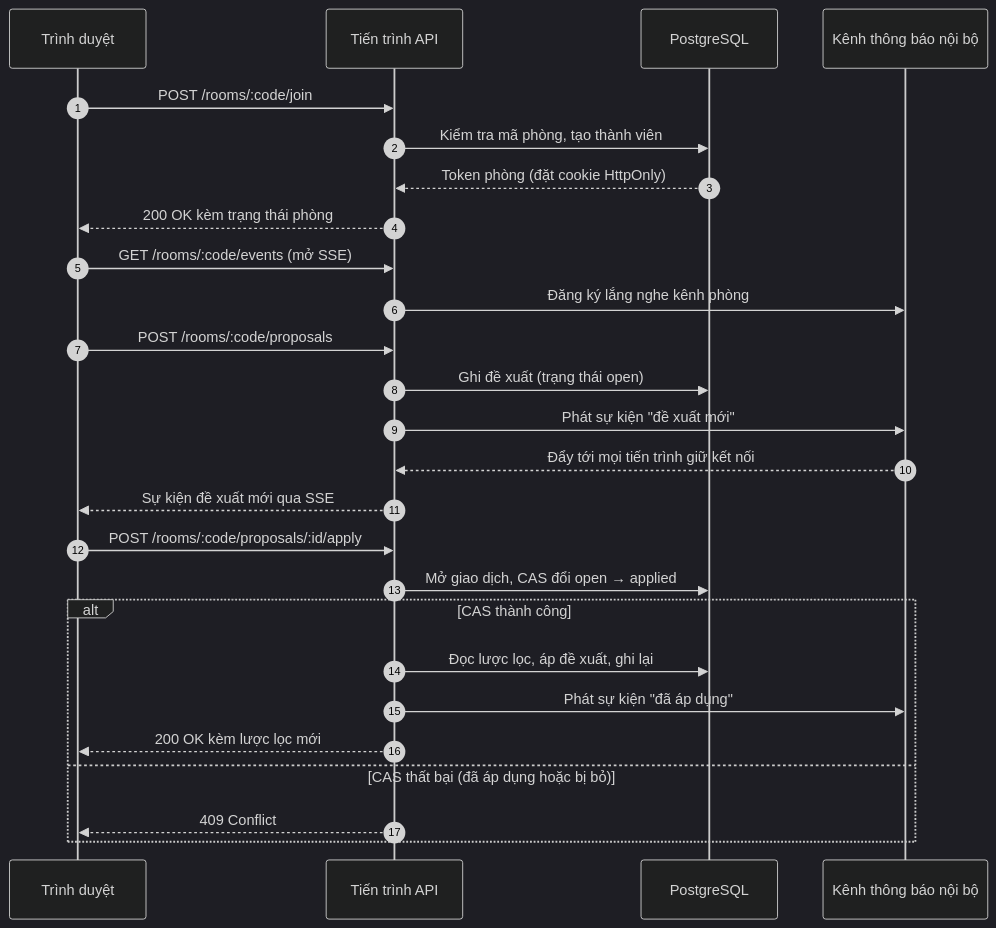
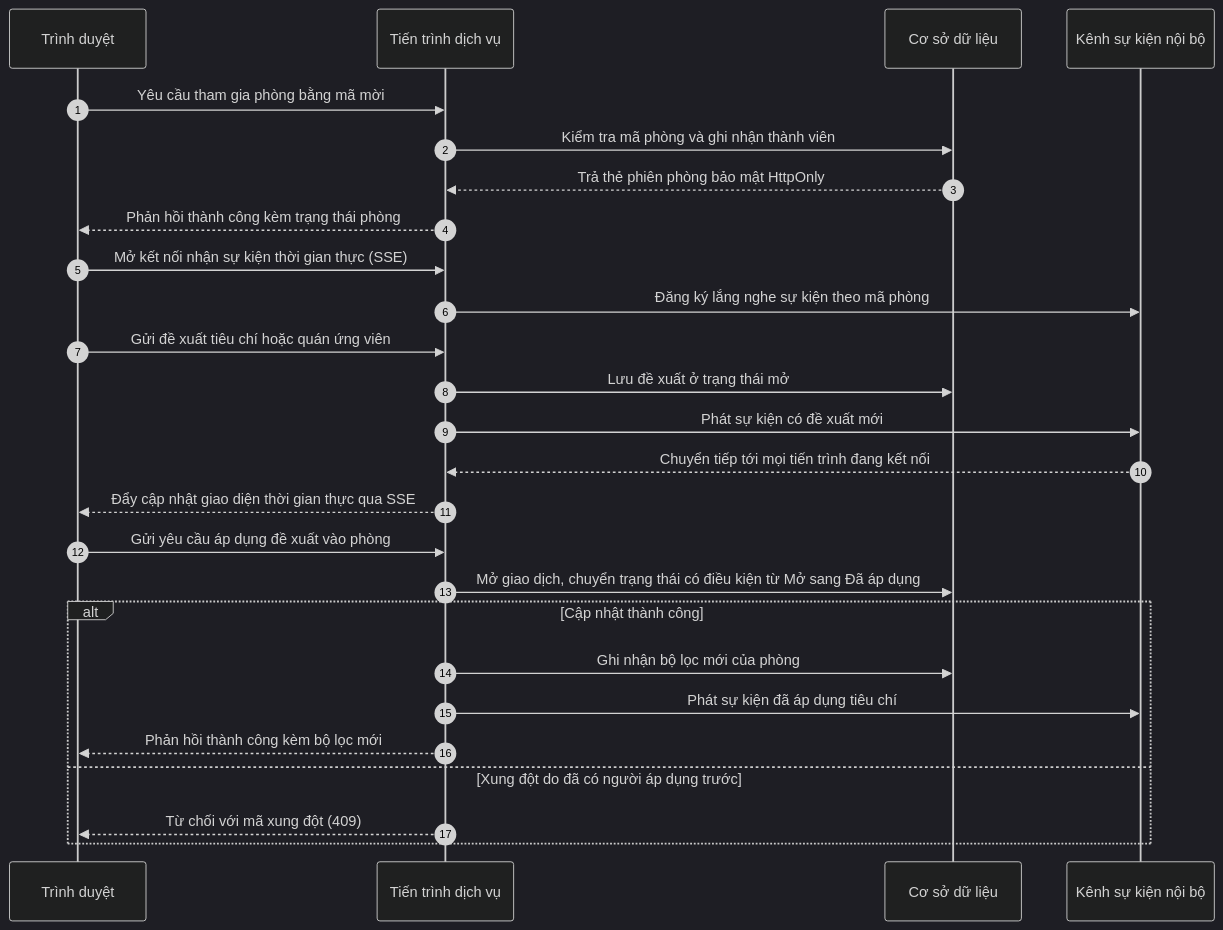
Before and after one commit to longqt321/Rendez-PBL6: the sixth of 24 diagrams in docs/bao-cao/BAO-CAO-DO-AN.md, drawn with Mermaid (dark theme). The commit also changed other lines of this file and 71 other files, not shown here.

Commit message:
feat(schema,backend): complete UX API features, role isolation, and submissions

````diff
--- a/docs/bao-cao/BAO-CAO-DO-AN.md
+++ b/docs/bao-cao/BAO-CAO-DO-AN.md
@@ -758,29 +848,29 @@
 ```mermaid
 sequenceDiagram
     autonumber
-    participant B as Trình duyệt
-    participant A as Tiến trình API
-    participant D as PostgreSQL
-    participant N as Kênh thông báo nội bộ
+    participant TD as Trình duyệt
+    participant XL as Tiến trình dịch vụ
+    participant CSDL as Cơ sở dữ liệu
+    participant KN as Kênh sự kiện nội bộ
 
-    B->>A: POST /rooms/:code/join
-    A->>D: Kiểm tra mã phòng, tạo thành viên
-    D-->>A: Token phòng (đặt cookie HttpOnly)
-    A-->>B: 200 OK kèm trạng thái phòng
-    B->>A: GET /rooms/:code/events (mở SSE)
-    A->>N: Đăng ký lắng nghe kênh phòng
-    B->>A: POST /rooms/:code/proposals
-    A->>D: Ghi đề xuất (trạng thái open)
-    A->>N: Phát sự kiện "đề xuất mới"
-    N-->>A: Đẩy tới mọi tiến trình giữ kết nối
-    A-->>B: Sự kiện đề xuất mới qua SSE
-    B->>A: POST /rooms/:code/proposals/:id/apply
-    A->>D: Mở giao dịch, CAS đổi open → applied
-    alt CAS thành công
-        A->>D: Đọc lược lọc, áp đề xuất, ghi lại
-        A->>N: Phát sự kiện "đã áp dụng"
-        A-->>B: 200 OK kèm lược lọc mới
-    else CAS thất bại (đã áp dụng hoặc bị bỏ)
-        A-->>B: 409 Conflict
+    TD->>XL: Yêu cầu tham gia phòng bằng mã mời
+    XL->>CSDL: Kiểm tra mã phòng và ghi nhận thành viên
+    CSDL-->>XL: Trả thẻ phiên phòng bảo mật HttpOnly
+    XL-->>TD: Phản hồi thành công kèm trạng thái phòng
+    TD->>XL: Mở kết nối nhận sự kiện thời gian thực (SSE)
+    XL->>KN: Đăng ký lắng nghe sự kiện theo mã phòng
+    TD->>XL: Gửi đề xuất tiêu chí hoặc quán ứng viên
+    XL->>CSDL: Lưu đề xuất ở trạng thái mở
+    XL->>KN: Phát sự kiện có đề xuất mới
+    KN-->>XL: Chuyển tiếp tới mọi tiến trình đang kết nối
+    XL-->>TD: Đẩy cập nhật giao diện thời gian thực qua SSE
+    TD->>XL: Gửi yêu cầu áp dụng đề xuất vào phòng
+    XL->>CSDL: Mở giao dịch, chuyển trạng thái có điều kiện từ Mở sang Đã áp dụng
+    alt Cập nhật thành công
+        XL->>CSDL: Ghi nhận bộ lọc mới của phòng
+        XL->>KN: Phát sự kiện đã áp dụng tiêu chí
+        XL-->>TD: Phản hồi thành công kèm bộ lọc mới
+    else Xung đột do đã có người áp dụng trước
+        XL-->>TD: Từ chối với mã xung đột (409)
     end
 ```
````
